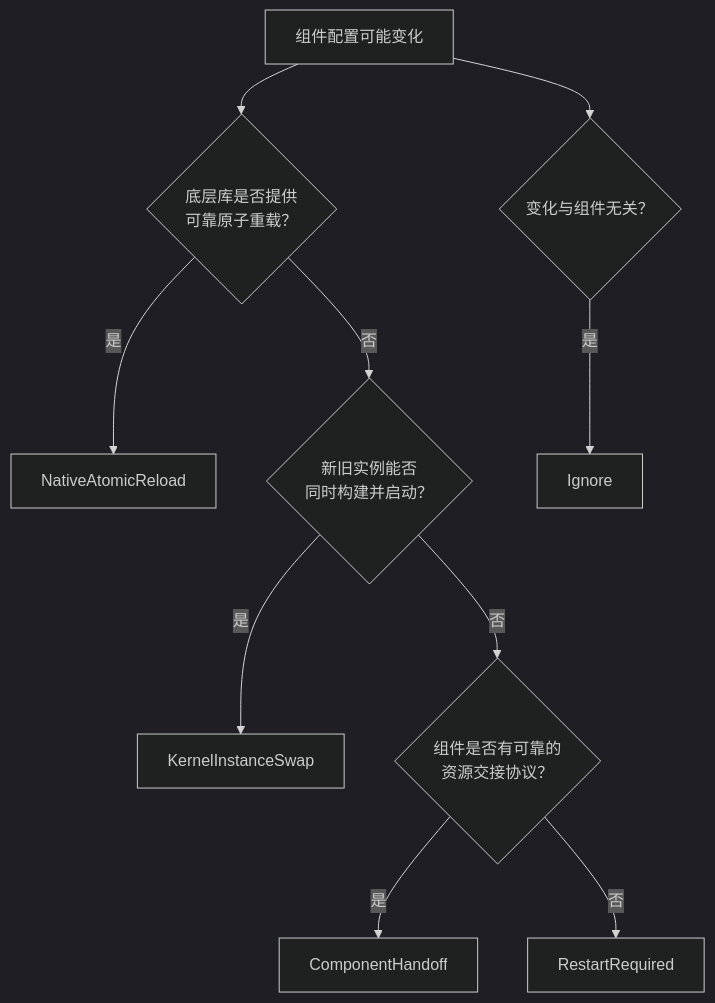
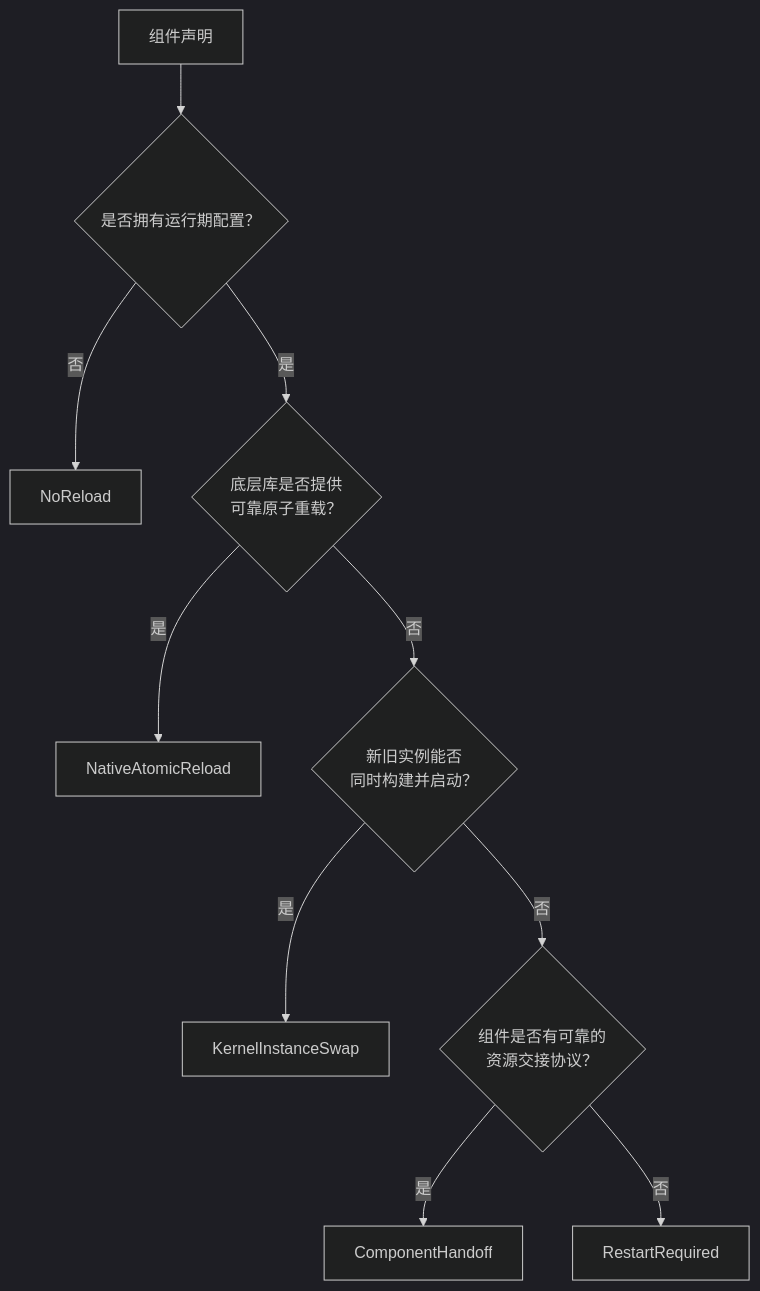
Before and after one commit to rin721/go-scaffold-template: the first of 2 diagrams in docs/research/002-kernel-app-manual-composition/04-reload-strategies.md, drawn with Mermaid (dark theme). The commit also changed other lines of this file and 14 other files, not shown here.

````diff
--- a/docs/research/002-kernel-app-manual-composition/04-reload-strategies.md
+++ b/docs/research/002-kernel-app-manual-composition/04-reload-strategies.md
@@ -9,12 +9,12 @@
 ```mermaid
 flowchart TD
-    Change["组件配置可能变化"] --> Native{"底层库是否提供<br/>可靠原子重载？"}
+    Component["组件声明"] --> RuntimeConfig{"是否拥有运行期配置？"}
+    RuntimeConfig -- 否 --> NoReload["NoReload"]
+    RuntimeConfig -- 是 --> Native{"底层库是否提供<br/>可靠原子重载？"}
     Native -- 是 --> N["NativeAtomicReload"]
     Native -- 否 --> Coexist{"新旧实例能否<br/>同时构建并启动？"}
     Coexist -- 是 --> Swap["KernelInstanceSwap"]
     Coexist -- 否 --> Handoff{"组件是否有可靠的<br/>资源交接协议？"}
     Handoff -- 是 --> Hand["ComponentHandoff"]
     Handoff -- 否 --> Restart["RestartRequired"]
-    Change --> Relevant{"变化与组件无关？"}
-    Relevant -- 是 --> Ignore["Ignore"]
 ```
````
